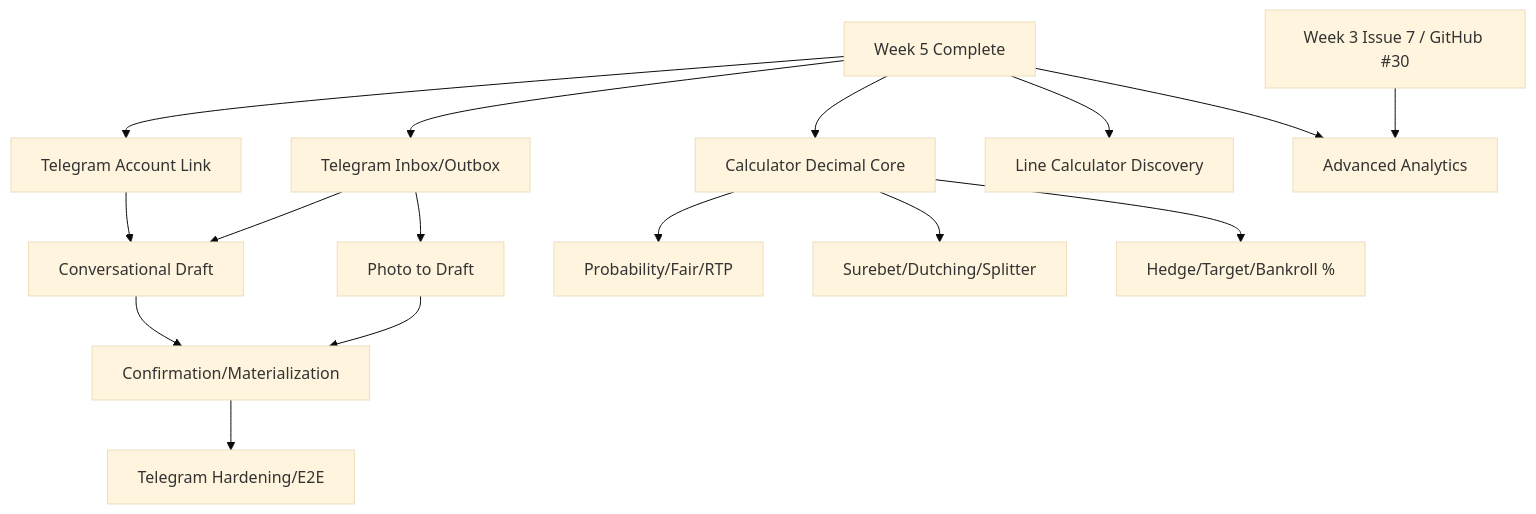
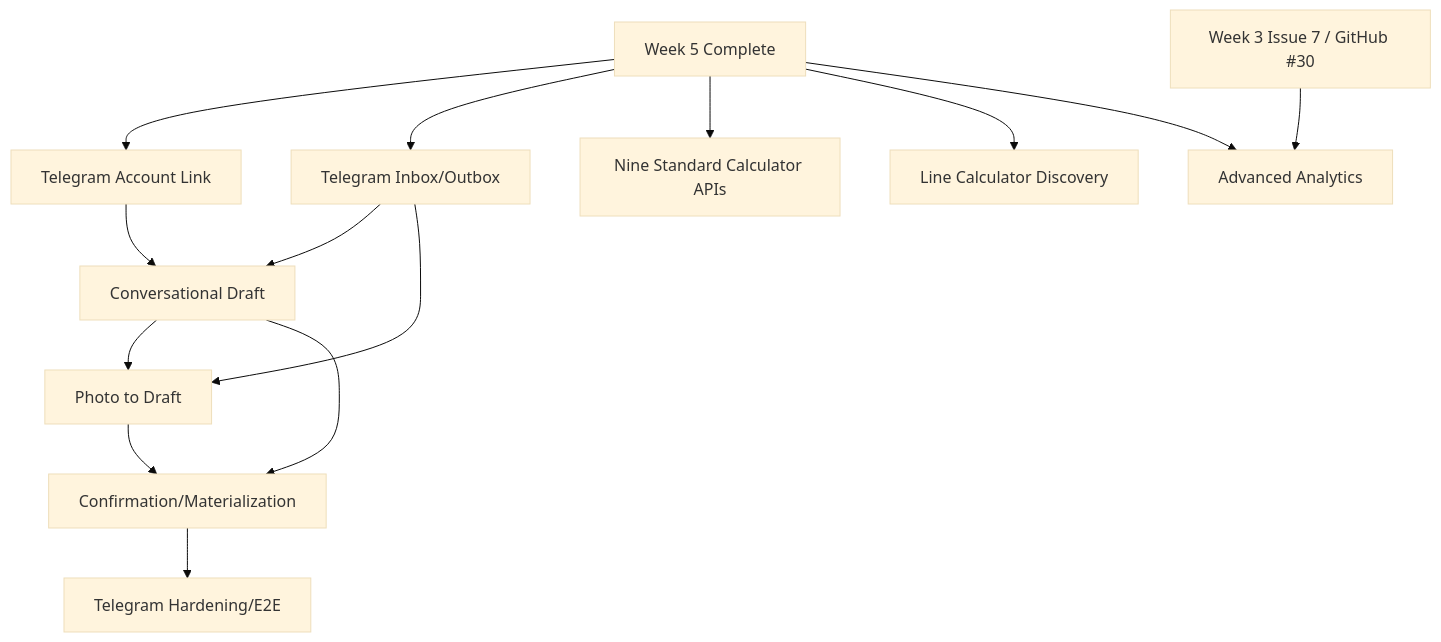
One commit to pradyumna-001/bancaemdia-api changed the diagram in docs/adrs/020-week6-telegram-calculators-analytics-issues.md. Above: the diagram before and after it, drawn with Mermaid (base theme). The commit also changed other lines of this file and 8 other files, not shown here.

````diff
--- a/docs/adrs/020-week6-telegram-calculators-analytics-issues.md
+++ b/docs/adrs/020-week6-telegram-calculators-analytics-issues.md
@@ -414,20 +375,18 @@
 ```mermaid
 graph TD
     W5[Week 5 Complete] --> 1[Telegram Account Link]
     W5 --> 2[Telegram Inbox/Outbox]
     1 --> 3[Conversational Draft]
     2 --> 3
     2 --> 4[Photo to Draft]
+    3 --> 4
     3 --> 5[Confirmation/Materialization]
     4 --> 5
     5 --> 6[Telegram Hardening/E2E]
 
-    W5 --> 7[Calculator Decimal Core]
-    7 --> 8[Probability/Fair/RTP]
-    7 --> 9[Surebet/Dutching/Splitter]
-    7 --> 10[Hedge/Target/Bankroll %]
-    W5 --> 11[Line Calculator Discovery]
+    W5 --> 7[Nine Standard Calculator APIs]
+    W5 --> 8[Line Calculator Discovery]
 
-    W3[Week 3 Issue 7 / GitHub #30] --> 12[Advanced Analytics]
-    W5 --> 12
+    W3[Week 3 Issue 7 / GitHub #30] --> 9[Advanced Analytics]
+    W5 --> 9
 ```
````
